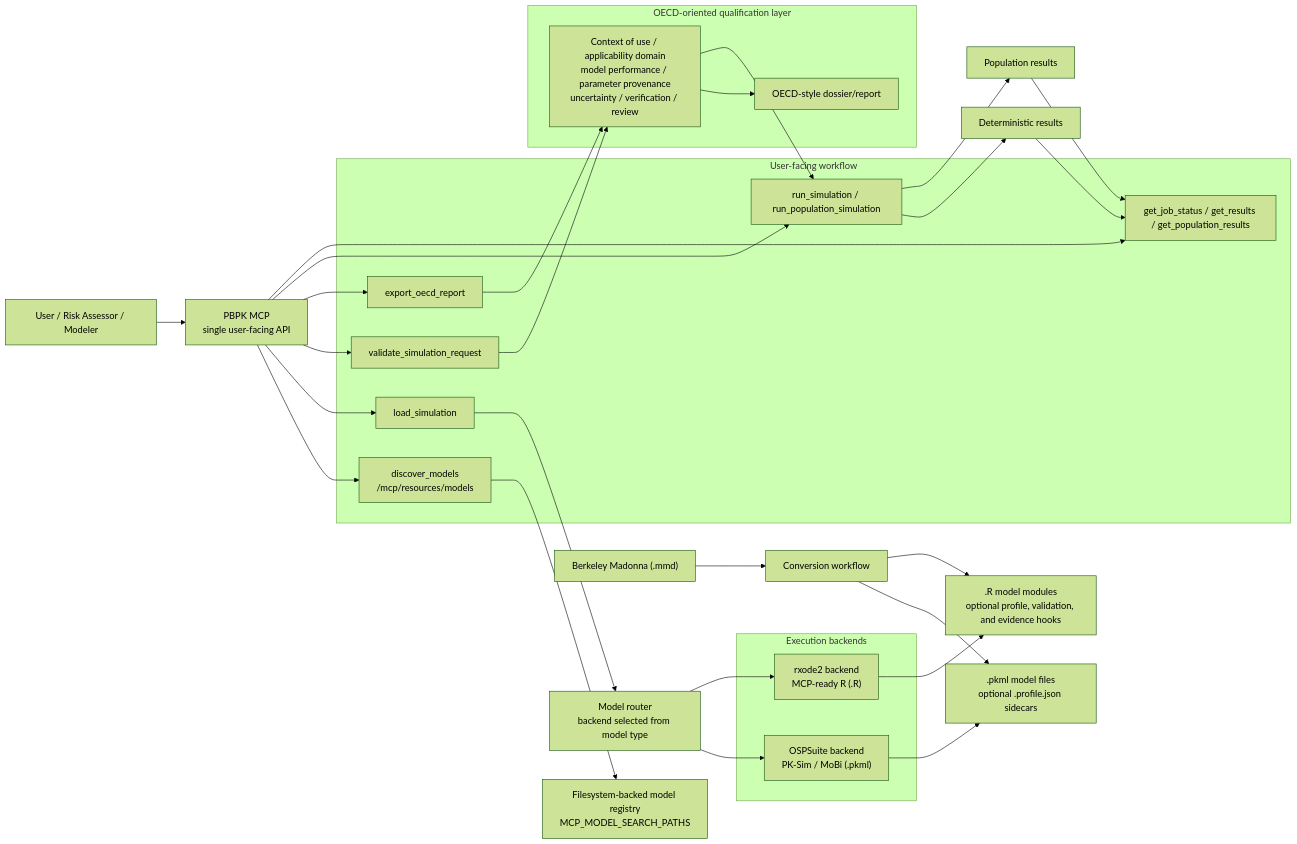
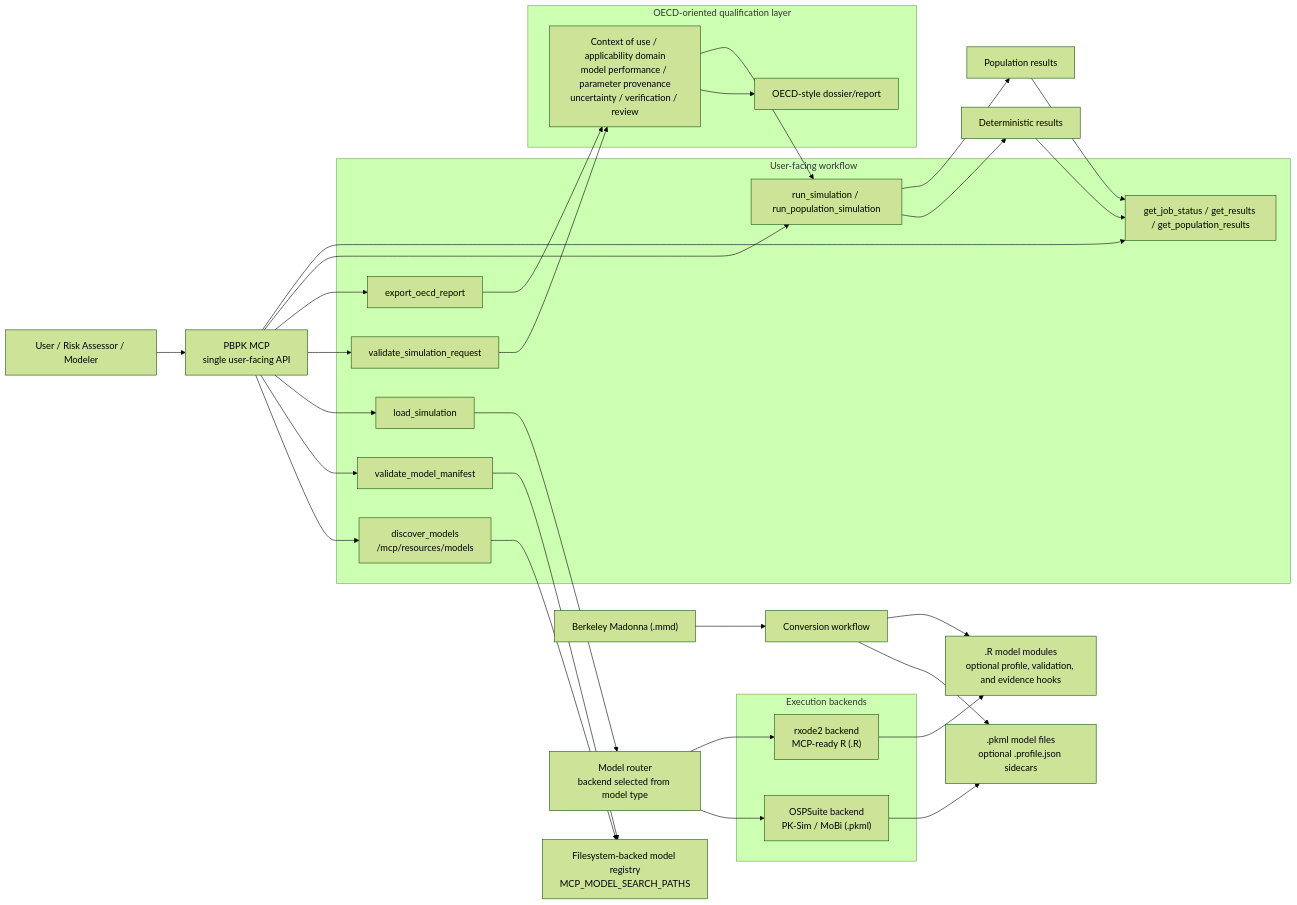
One commit to ToxMCP/pbpk-mcp changed the diagram in README.md. Above: the diagram before and after it, drawn with Mermaid (forest theme). The commit also changed other lines of this file and 21 other files, not shown here.

Commit message:
Add qualification states and model manifest validation

````diff
--- a/README.md
+++ b/README.md
@@ -23,53 +23,56 @@
 ```mermaid
 flowchart LR
     user["User / Risk Assessor / Modeler"] --> api["PBPK MCP<br/>single user-facing API"]
 
     subgraph workflow["User-facing workflow"]
         discover["discover_models<br/>/mcp/resources/models"]
+        manifest["validate_model_manifest"]
         load["load_simulation"]
         validate["validate_simulation_request"]
         report["export_oecd_report"]
         run["run_simulation / run_population_simulation"]
         results["get_job_status / get_results / get_population_results"]
     end
 
     api --> discover
+    api --> manifest
     api --> load
     api --> validate
     api --> report
     api --> run
     api --> results
 
     discover --> registry["Filesystem-backed model registry<br/>MCP_MODEL_SEARCH_PATHS"]
+    manifest --> registry
     load --> router["Model router<br/>backend selected from model type"]
 
     subgraph backends["Execution backends"]
         ospsuite["OSPSuite backend<br/>PK-Sim / MoBi (.pkml)"]
         rxode2["rxode2 backend<br/>MCP-ready R (.R)"]
     end
 
     router --> ospsuite
     router --> rxode2
 
     ospsuite --> pkml[".pkml model files<br/>optional .profile.json sidecars"]
     rxode2 --> rmodels[".R model modules<br/>optional profile, validation, and evidence hooks"]
 
     subgraph qualification["OECD-oriented qualification layer"]
         qualmeta["Context of use / applicability domain<br/>model performance / parameter provenance<br/>uncertainty / verification / review"]
         dossier["OECD-style dossier/report"]
     end
 
     validate --> qualmeta
     report --> qualmeta
     qualmeta --> dossier
     qualmeta --> run
 
     mmadonna["Berkeley Madonna (.mmd)"] --> convert["Conversion workflow"]
     convert --> pkml
     convert --> rmodels
 
     run --> det["Deterministic results"]
     run --> pop["Population results"]
     det --> results
     pop --> results
 ```
````
